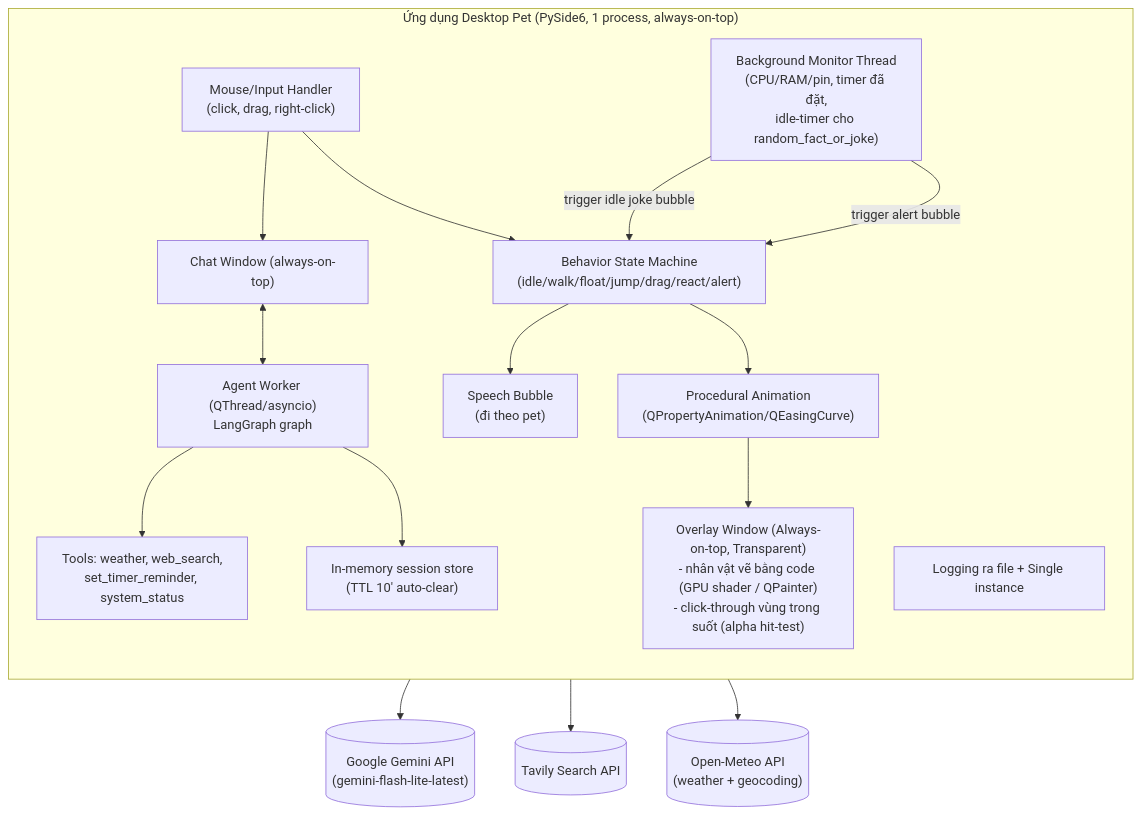
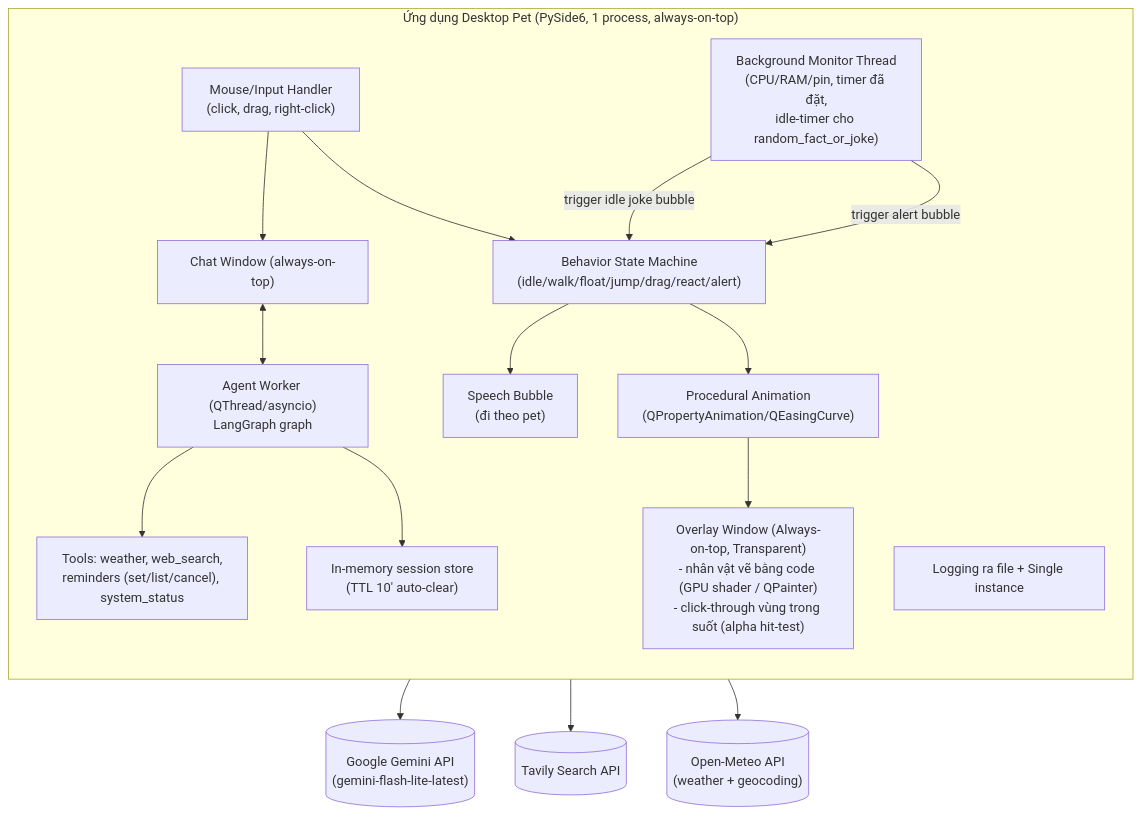
Before and after one commit to ArrayPowerPlay/lavenzure-pet: the diagram in docs/CONTEXT.md, drawn with Mermaid. The commit also changed other lines of this file and 5 other files, not shown here.

Commit message:
docs: reminder time questions, cancel, Reminders tab; chill click check (lượt 25)

````diff
--- a/docs/CONTEXT.md
+++ b/docs/CONTEXT.md
@@ -20,35 +20,35 @@
 ```mermaid
 flowchart TB
     subgraph App["Ứng dụng Desktop Pet (PySide6, 1 process, always-on-top)"]
         direction TB
         OverlayWin["Overlay Window (Always-on-top, Transparent)<br/>- nhân vật vẽ bằng code (GPU shader / QPainter)<br/>- click-through vùng trong suốt (alpha hit-test)"]
         Behavior["Behavior State Machine<br/>(idle/walk/float/jump/drag/react/alert)"]
         Anim["Procedural Animation<br/>(QPropertyAnimation/QEasingCurve)"]
         Bubble["Speech Bubble<br/>(đi theo pet)"]
         Infra["Logging ra file + Single instance"]
         Mouse["Mouse/Input Handler<br/>(click, drag, right-click)"]
         ChatWin["Chat Window (always-on-top)"]
         AgentThread["Agent Worker (QThread/asyncio)<br/>LangGraph graph"]
         Memory["In-memory session store<br/>(TTL 10' auto-clear)"]
-        Tools["Tools: weather, web_search,<br/>set_timer_reminder, system_status"]
+        Tools["Tools: weather, web_search,<br/>reminders (set/list/cancel), system_status"]
         BgMonitor["Background Monitor Thread<br/>(CPU/RAM/pin, timer đã đặt,<br/>idle-timer cho random_fact_or_joke)"]
     end
 
     Gemini[("Google Gemini API<br/>(gemini-flash-lite-latest)")]
     Tavily[("Tavily Search API")]
     OpenMeteo[("Open-Meteo API<br/>(weather + geocoding)")]
 
     Mouse --> Behavior
     Mouse --> ChatWin
     Behavior --> Anim
     Anim --> OverlayWin
     ChatWin <--> AgentThread
     AgentThread --> Memory
     AgentThread --> Tools
     AgentThread --> Gemini
     Tools --> Tavily
     Tools --> OpenMeteo
     BgMonitor -->|"trigger alert bubble"| Behavior
     BgMonitor -->|"trigger idle joke bubble"| Behavior
     Behavior --> Bubble
 ```
````
